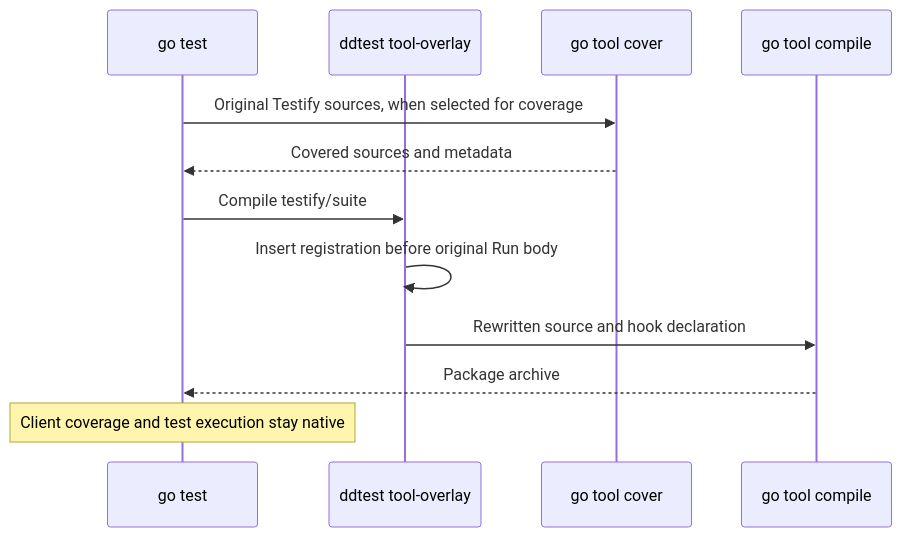
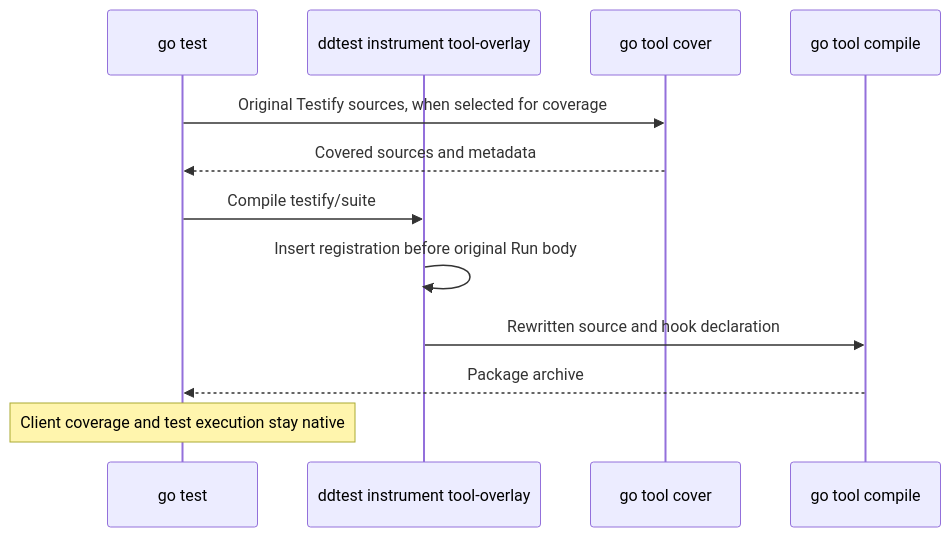
The second of 2 diagrams in ddto/docs/testify.md (DataDog/ddtest), drawn with Mermaid before and after one commit. The commit also changed 25 other files, not shown here.

First line of the commit message:
Run ddto's internal modes as ddtest instrument, and verify the go shim

````diff
--- a/ddto/docs/testify.md
+++ b/ddto/docs/testify.md
@@ -195,14 +195,14 @@
 ```mermaid
 sequenceDiagram
     participant Go as go test
-    participant Tool as ddtest tool-overlay
+    participant Tool as ddtest instrument tool-overlay
     participant Cover as go tool cover
     participant Compile as go tool compile
     Go->>Cover: Original Testify sources, when selected for coverage
     Cover-->>Go: Covered sources and metadata
     Go->>Tool: Compile testify/suite
     Tool->>Tool: Insert registration before original Run body
     Tool->>Compile: Rewritten source and hook declaration
     Compile-->>Go: Package archive
     Note over Go: Client coverage and test execution stay native
 ```
````
